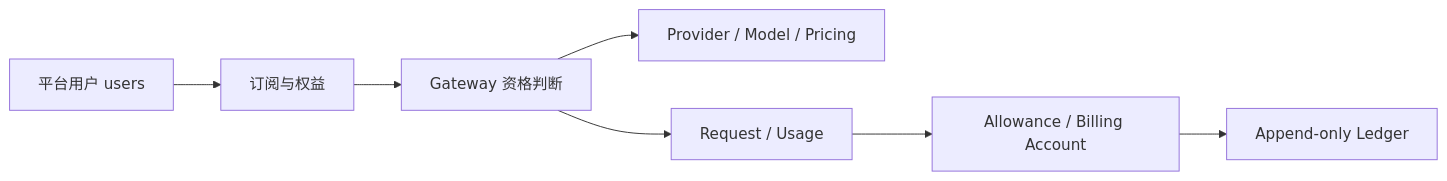
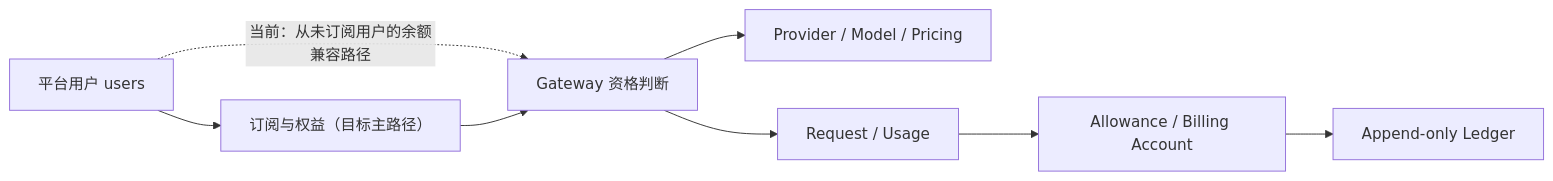
Before and after one commit to glide-the/dream-im-platform: the diagram in docs/prd/ink-memory-admin-prd-v3.md, drawn with Mermaid. The commit also changed other lines of this file and 22 other files, not shown here.

````diff
--- a/docs/prd/ink-memory-admin-prd-v3.md
+++ b/docs/prd/ink-memory-admin-prd-v3.md
@@ -15,9 +15,10 @@
 ```mermaid
 flowchart LR
-  U["平台用户 users"] --> S["订阅与权益"]
+  U["平台用户 users"] --> S["订阅与权益（目标主路径）"]
+  U -. "当前：从未订阅用户的余额兼容路径" .-> G
   S --> G["Gateway 资格判断"]
   G --> R["Provider / Model / Pricing"]
   G --> X["Request / Usage"]
   X --> A["Allowance / Billing Account"]
   A --> L["Append-only Ledger"]
 ```
````
